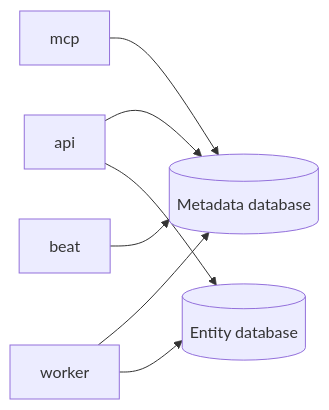
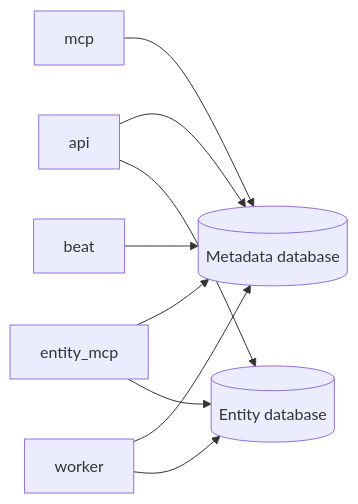
Before and after one commit to hughluang/refraq: the diagram in docs/architecture.md, drawn with Mermaid. The commit also changed other lines of this file and 16 other files, not shown here.

First line of the commit message:
docs(entity): describe the Entity MCP endpoint

````diff
--- a/docs/architecture.md
+++ b/docs/architecture.md
@@ -81,15 +81,18 @@
 ```mermaid
 flowchart LR
   api[api]
   mcp[mcp]
+  entityMcp[entity_mcp]
   worker[worker]
   beat[beat]
   meta[(Metadata database)]
   entitydb[(Entity database)]
   api --> meta
   api --> entitydb
   mcp --> meta
+  entityMcp --> meta
+  entityMcp --> entitydb
   beat --> meta
   worker --> meta
   worker --> entitydb
 ```
````
